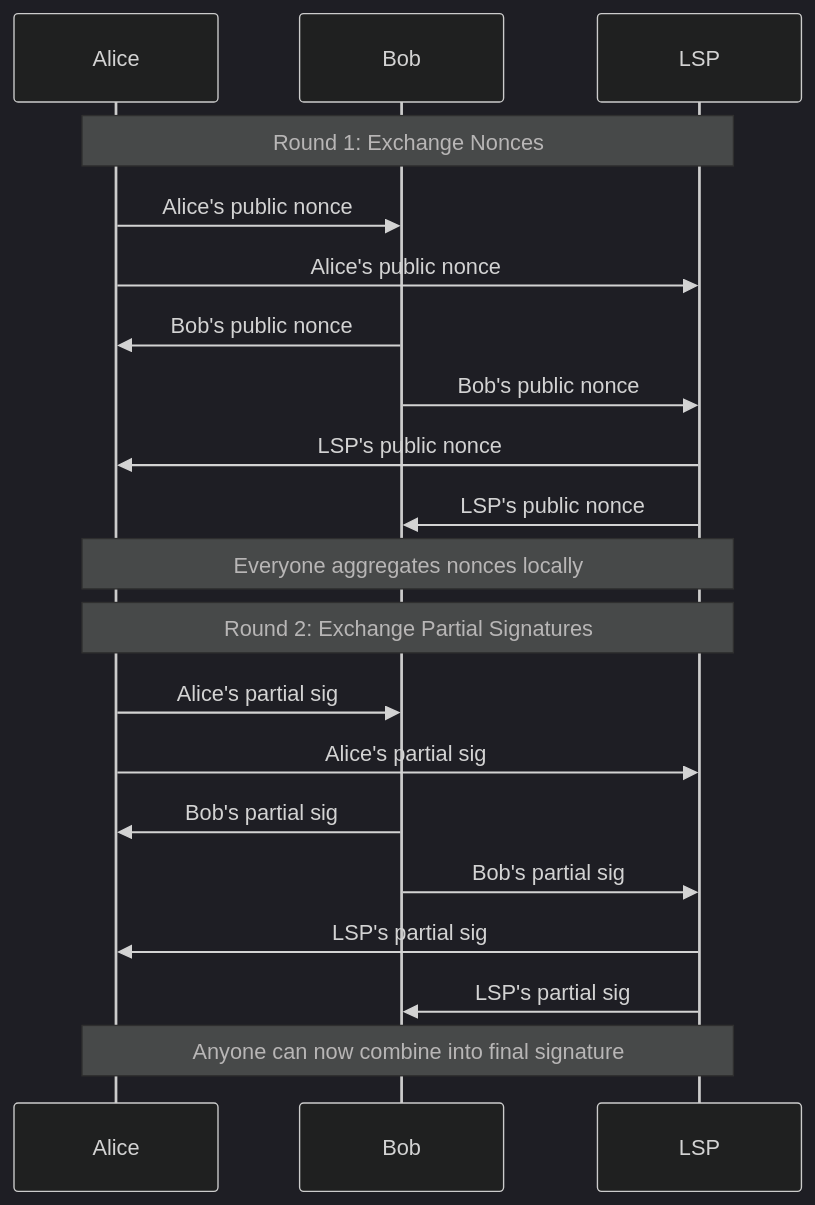
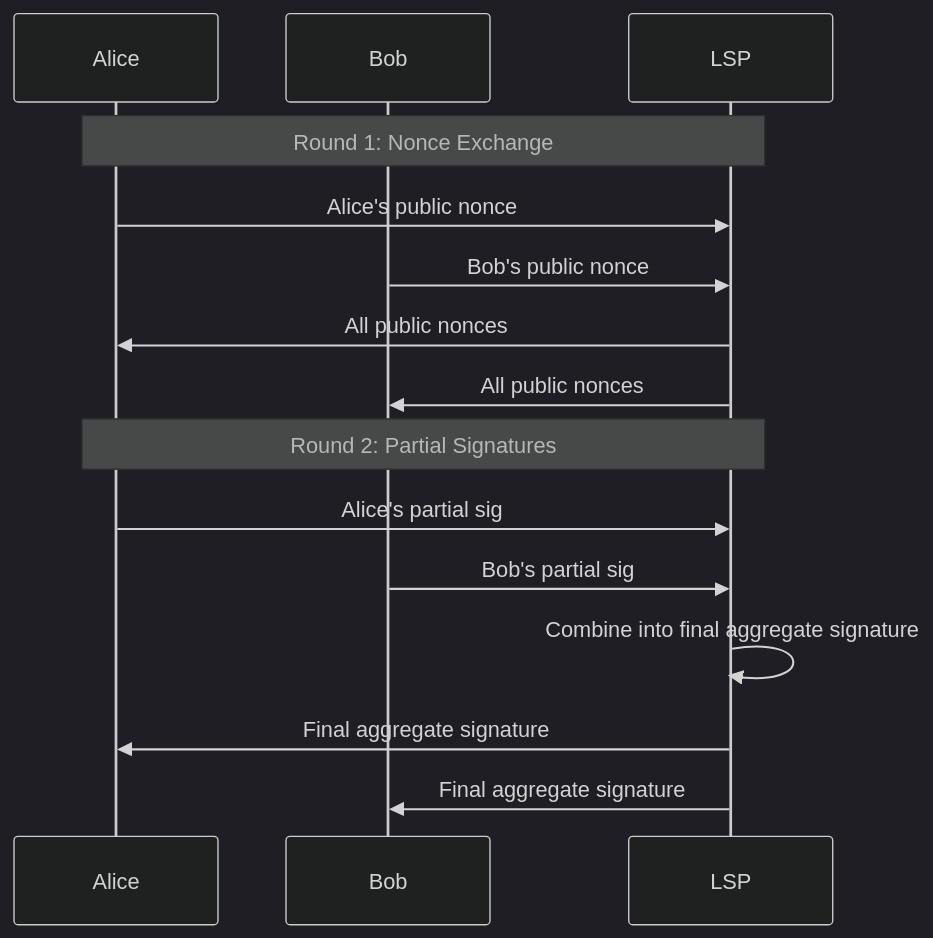
The first of 2 diagrams in foundations/what-is-musig2.md (8144225309/superscalar-docs), drawn with Mermaid (dark theme) before and after one commit. The commit also changed other lines of this file and 31 other files, not shown here.

````diff
--- a/foundations/what-is-musig2.md
+++ b/foundations/what-is-musig2.md
@@ -23,26 +19,19 @@
 ```mermaid
 sequenceDiagram
     participant A as Alice
     participant B as Bob
     participant L as LSP
 
-    Note over A,L: Round 1: Exchange Nonces
-    A->>B: Alice's public nonce
+    Note over A,L: Round 1: Nonce Exchange
     A->>L: Alice's public nonce
-    B->>A: Bob's public nonce
     B->>L: Bob's public nonce
-    L->>A: LSP's public nonce
-    L->>B: LSP's public nonce
+    L->>A: All public nonces
+    L->>B: All public nonces
 
-    Note over A,L: Everyone aggregates nonces locally
-
-    Note over A,L: Round 2: Exchange Partial Signatures
-    A->>B: Alice's partial sig
+    Note over A,L: Round 2: Partial Signatures
     A->>L: Alice's partial sig
-    B->>A: Bob's partial sig
     B->>L: Bob's partial sig
-    L->>A: LSP's partial sig
-    L->>B: LSP's partial sig
-
-    Note over A,L: Anyone can now combine into final signature
+    L->>L: Combine into final aggregate signature
+    L->>A: Final aggregate signature
+    L->>B: Final aggregate signature
 ```
````
